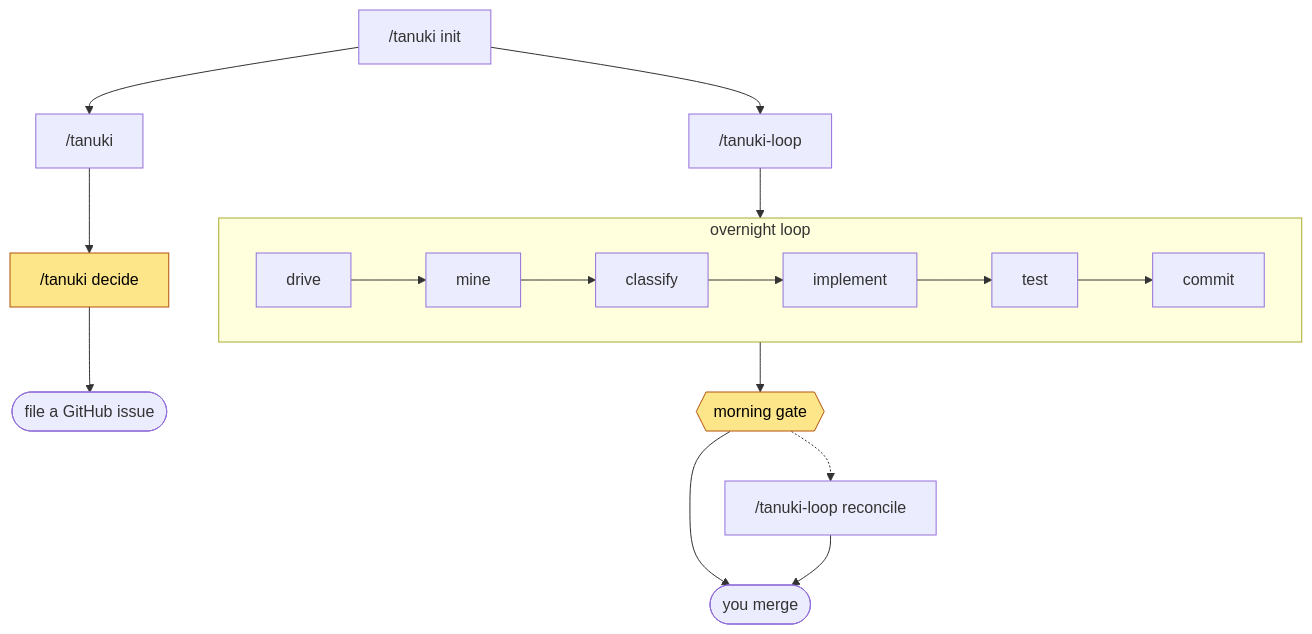
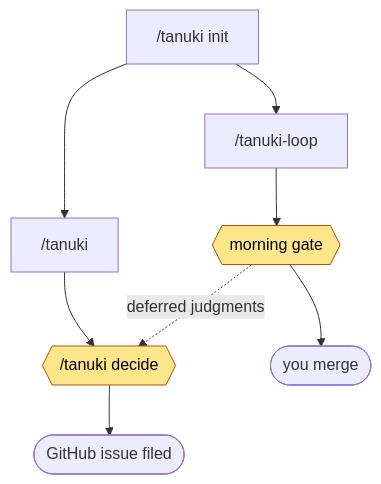
One commit to tim-nish/tanuki changed the diagram in README.md. Above: the diagram before and after it, drawn with Mermaid. The commit also changed other lines of this file, not shown here.

First line of the commit message:
docs: rebuild the basic-sequence diagram from the spec's own endpoints

````diff
--- a/README.md
+++ b/README.md
@@ -140,22 +146,16 @@
 ```mermaid
 flowchart TD
     init["/tanuki init"]
     init --> tanuki["/tanuki"]
     init --> loop["/tanuki-loop"]
 
-    tanuki --> decide["/tanuki decide"]
-    decide --> issue(["file a GitHub issue"])
+    tanuki --> decide{{"/tanuki decide"}}
+    decide --> issue(["GitHub issue filed"])
 
-    subgraph iterate["overnight loop"]
-      direction LR
-      drive["drive"] --> mine["mine"] --> classify["classify"] --> implement["implement"] --> test["test"] --> commit["commit"]
-    end
-    loop --> drive
-    commit --> morning{{"morning gate"}}
-    morning --> merge(["you merge"])
-    morning -.-> reconcile["/tanuki-loop reconcile"]
-    reconcile --> merge
+    loop --> gate{{"morning gate"}}
+    gate --> merge(["you merge"])
+    gate -.->|deferred judgments| decide
 
-    classDef gate fill:#fde68a,stroke:#b45309,color:#000;
-    class decide,morning gate;
+    classDef gatecls fill:#fde68a,stroke:#b45309,color:#000;
+    class decide,gate gatecls;
 ```
````
